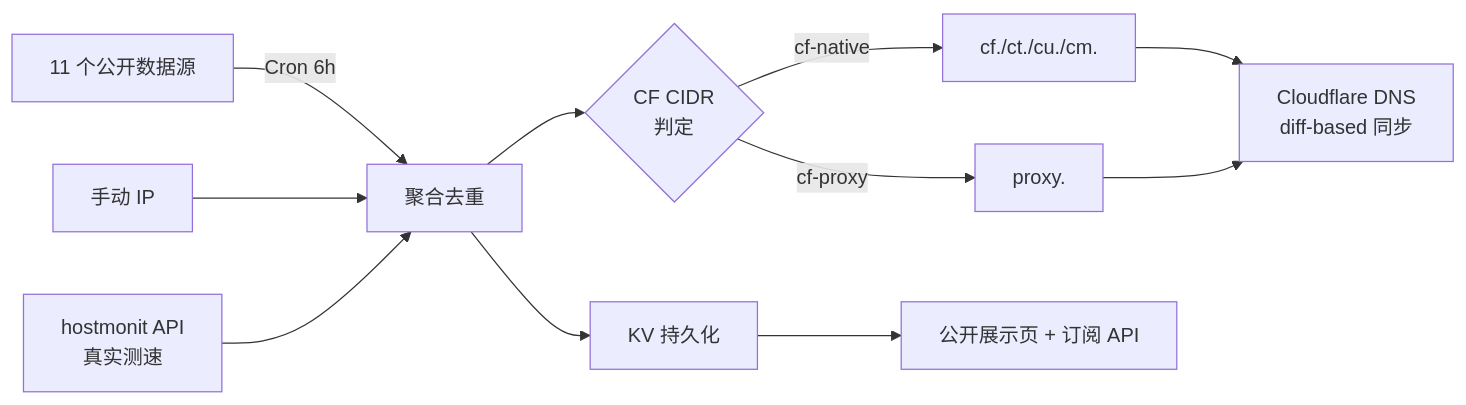
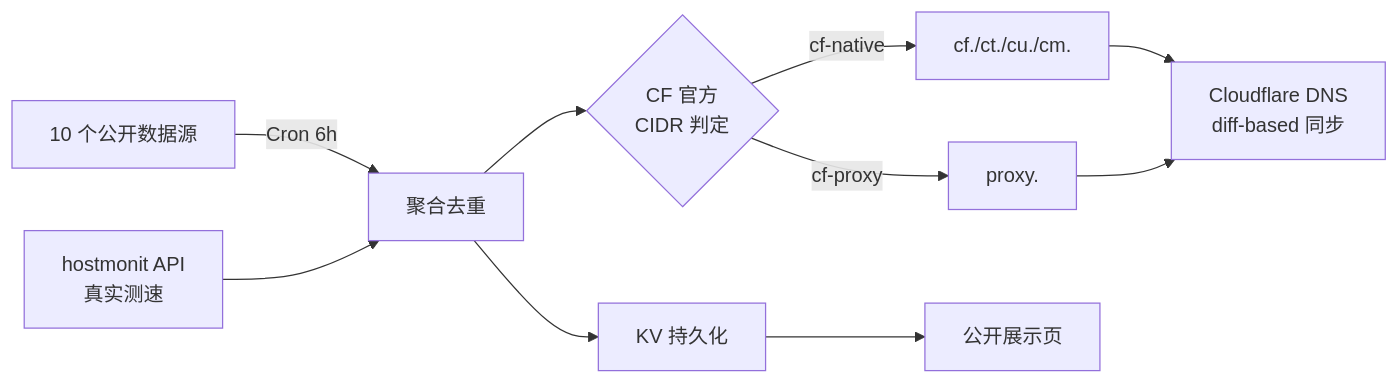
The diagram in README.md (LeilaoMi/cf-best-ip), drawn with Mermaid before and after one commit. The commit also changed other lines of this file and 1 other file, not shown here.

````diff
--- a/README.md
+++ b/README.md
@@ -88,13 +79,12 @@
 ```mermaid
 flowchart LR
-  A[11 个公开数据源] -->|Cron 6h| B[聚合去重]
-  M[手动 IP] --> B
+  A[10 个公开数据源] -->|Cron 6h| B[聚合去重]
   H[hostmonit API<br/>真实测速] --> B
-  B --> C{CF CIDR<br/>判定}
+  B --> C{CF 官方<br/>CIDR 判定}
   C -->|cf-native| D[cf./ct./cu./cm.]
   C -->|cf-proxy| E[proxy.]
   D --> F[Cloudflare DNS<br/>diff-based 同步]
   E --> F
   B --> G[KV 持久化]
-  G --> P[公开展示页 + 订阅 API]
+  G --> P[公开展示页]
 ```
````
